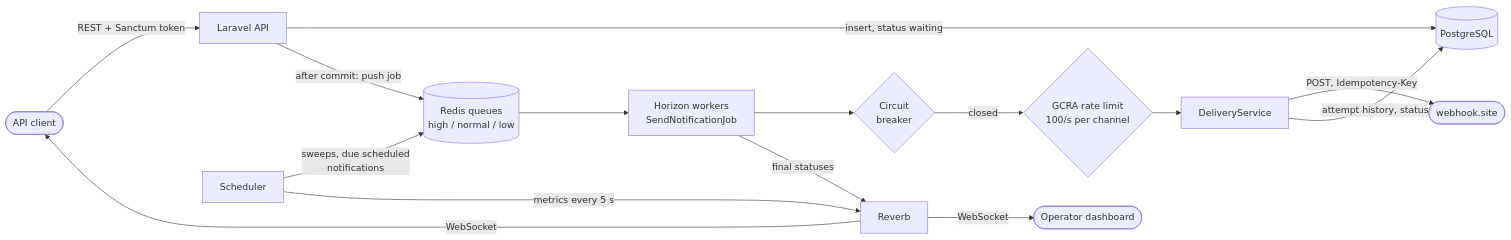
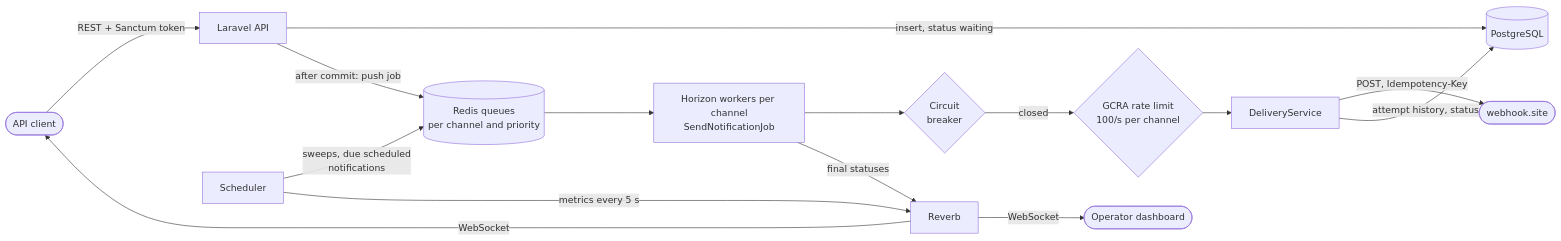
One commit to MrKacmaz/ione-edns changed the first of 2 diagrams in README.md. Above: the diagram before and after it, drawn with Mermaid. The commit also changed other lines of this file and 5 other files, not shown here.

Commit message:
docs(app): document per-channel queues, due claims and outage handling

````diff
--- a/README.md
+++ b/README.md
@@ -188,17 +188,17 @@
 ```mermaid
 flowchart LR
     client([API client]) -->|REST + Sanctum token| api[Laravel API]
     api -->|insert, status waiting| db[(PostgreSQL)]
-    api -->|after commit: push job| redis[(Redis queues<br/>high / normal / low)]
-    redis --> horizon[Horizon workers<br/>SendNotificationJob]
+    api -->|after commit: push job| redis[(Redis queues<br/>per channel and priority)]
+    redis --> horizon[Horizon workers per channel<br/>SendNotificationJob]
     horizon --> circuit{Circuit<br/>breaker}
     circuit -->|closed| limiter{GCRA rate limit<br/>100/s per channel}
     limiter --> delivery[DeliveryService]
     delivery -->|POST, Idempotency-Key| provider([webhook.site])
     delivery -->|attempt history, status| db
     scheduler[Scheduler] -->|sweeps, due scheduled<br/>notifications| redis
     scheduler -->|metrics every 5 s| reverb[Reverb]
     horizon -->|final statuses| reverb
     reverb -->|WebSocket| client
     reverb -->|WebSocket| dashboard([Operator dashboard])
 ```
````
